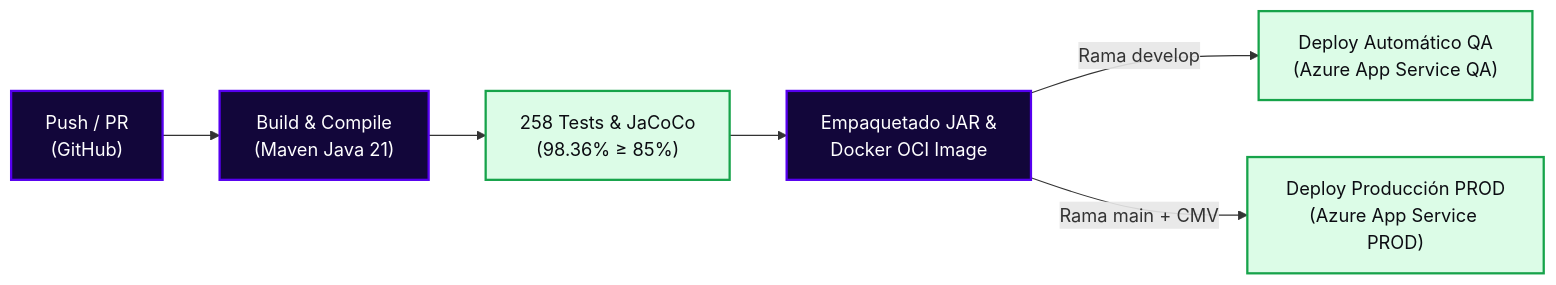
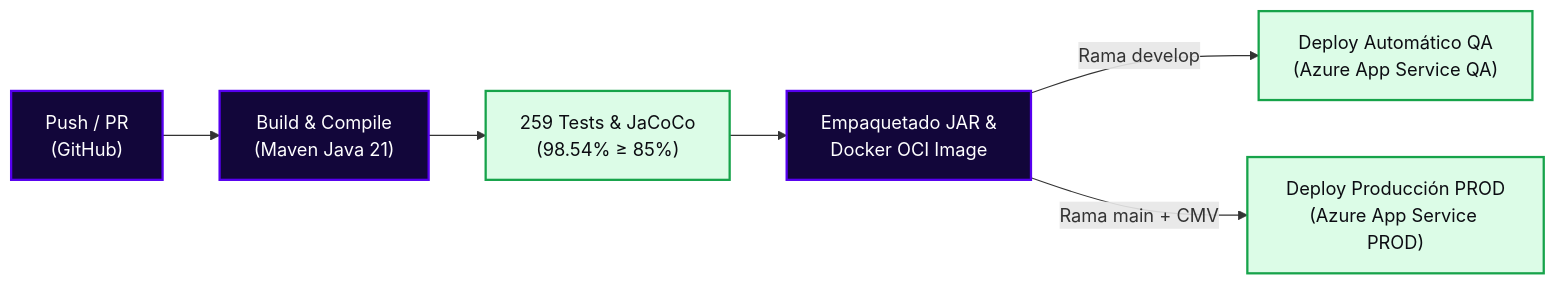
One commit to StyleRadar1/PT8080-Donations-Service changed the diagram in README.md. Above: the diagram before and after it, drawn with Mermaid. The commit also changed other lines of this file and 6 other files, not shown here.

````diff
--- a/README.md
+++ b/README.md
@@ -527,14 +528,14 @@
 ```mermaid
 flowchart LR
     A["Push / PR<br>(GitHub)"] --> B["Build & Compile<br>(Maven Java 21)"]
-    B --> C["258 Tests & JaCoCo<br>(98.36% ≥ 85%)"]
+    B --> C["259 Tests & JaCoCo<br>(98.54% ≥ 85%)"]
     C --> D["Empaquetado JAR &<br>Docker OCI Image"]
     D -->|Rama develop| E["Deploy Automático QA<br>(Azure App Service QA)"]
     D -->|Rama main + CMV| F["Deploy Producción PROD<br>(Azure App Service PROD)"]
 
     classDef step fill:#12063A,stroke:#5600EF,stroke-width:2px,color:#FFFFFF;
     classDef pass fill:#DCFCE7,stroke:#16A34A,stroke-width:2px,color:#0C0C12;
 
     class A,B,D step;
     class C,E,F pass;
 ```
````
